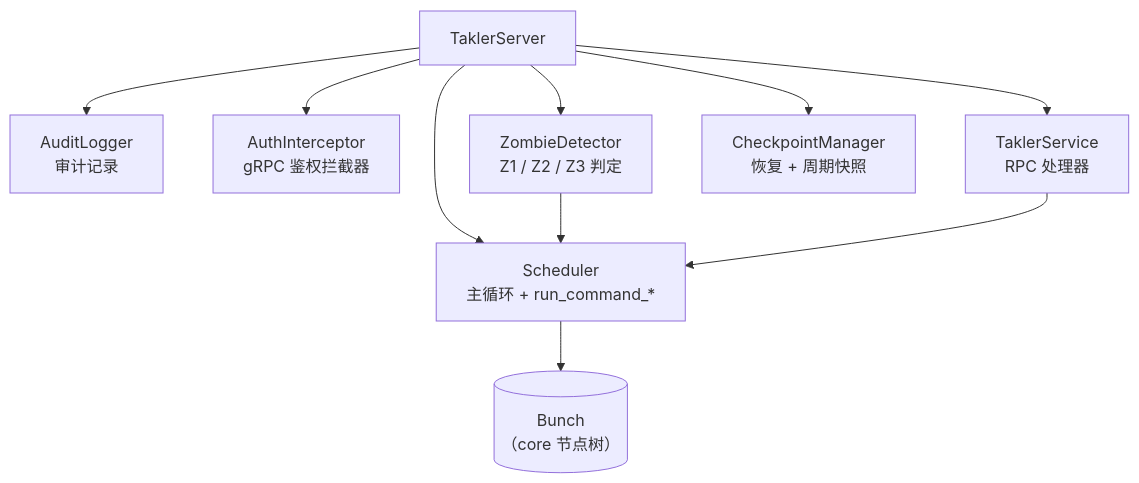
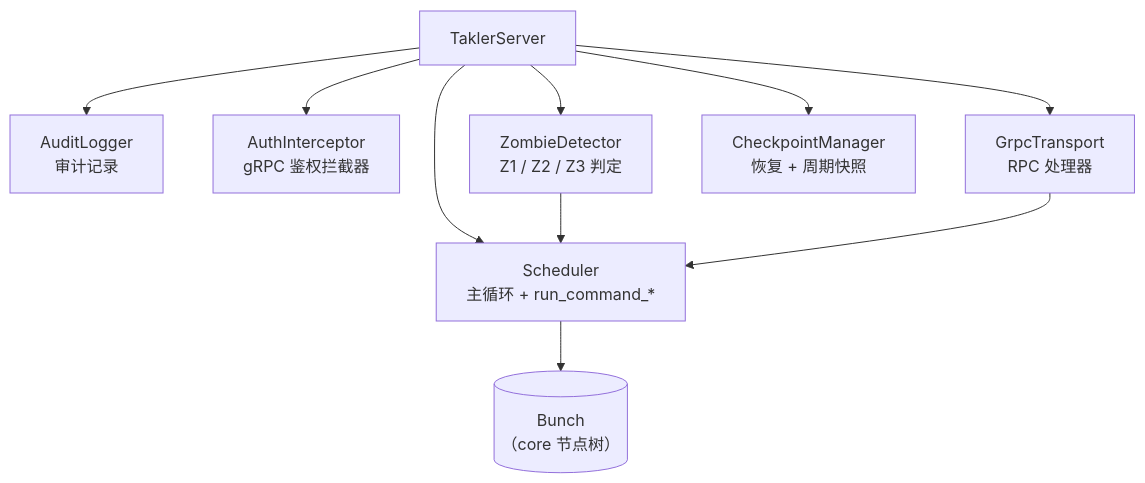
Before and after one commit to cemc-oper/takler: the third of 4 diagrams in doc/source/develop/architecture.rst, drawn with Mermaid. The commit also changed other lines of this file and 45 other files, not shown here.

```diff
--- a/doc/source/develop/architecture.rst
+++ b/doc/source/develop/architecture.rst
@@ -137,13 +140,13 @@
 .. mermaid::
 
     flowchart TD
         TS["TaklerServer"]
         TS --> AL["AuditLogger<br/>审计记录"]
         TS --> AI["AuthInterceptor<br/>gRPC 鉴权拦截器"]
         TS --> ZD["ZombieDetector<br/>Z1 / Z2 / Z3 判定"]
         TS --> SCHED["Scheduler<br/>主循环 + run_command_*"]
-        TS --> SVC["TaklerService<br/>RPC 处理器"]
+        TS --> SVC["GrpcTransport<br/>RPC 处理器"]
         TS --> CM["CheckpointManager<br/>恢复 + 周期快照"]
         ZD --> SCHED
         SCHED --> BUNCH[("Bunch<br/>（core 节点树）")]
         SVC --> SCHED
```
